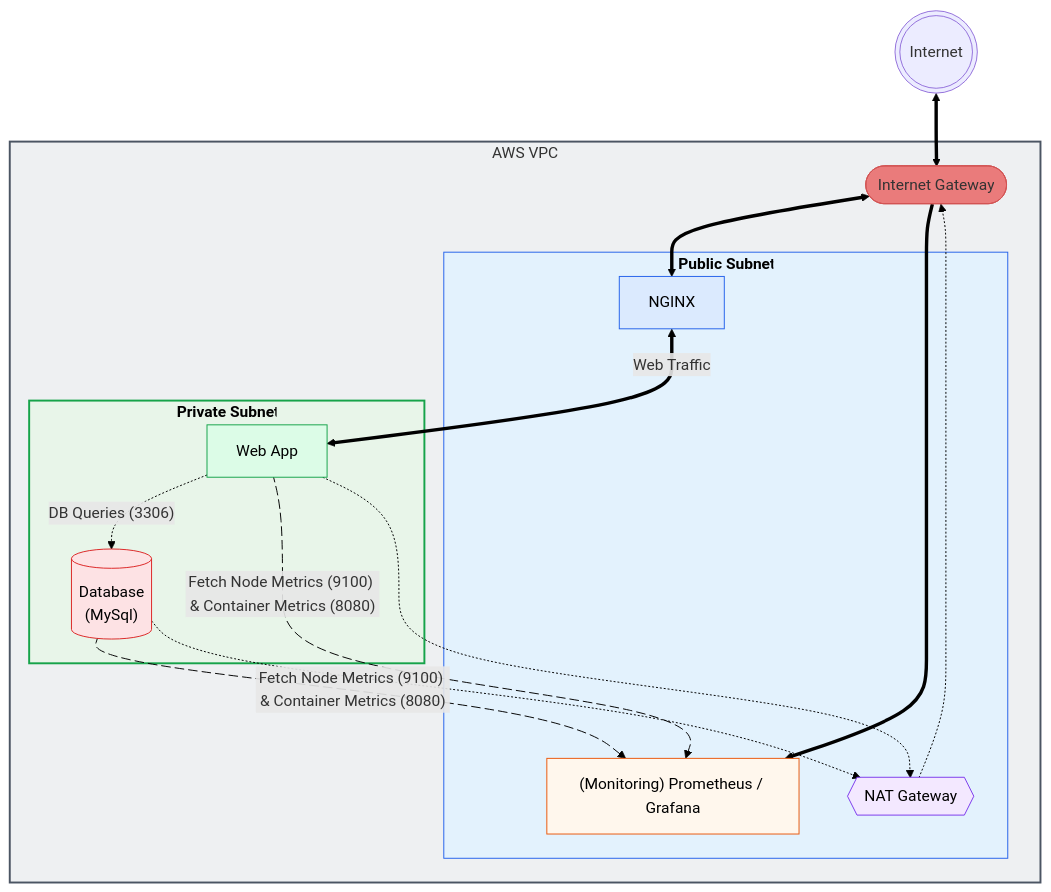
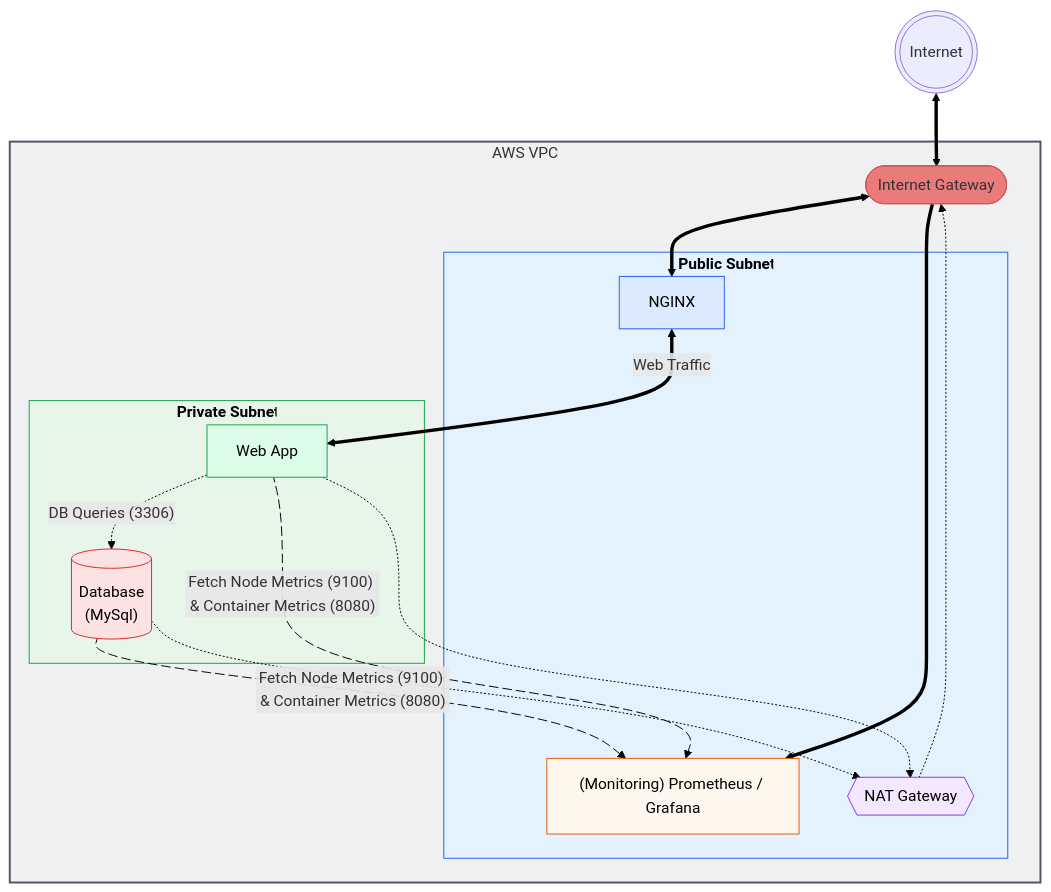
The diagram in README.md (Jazzar101/learning-terraform-3087701), drawn with Mermaid before and after one commit.

````diff
--- a/README.md
+++ b/README.md
@@ -6,56 +6,56 @@
 ```mermaid
 flowchart TB
     Internet(((Internet)))
     subgraph VPC[AWS VPC]
         IGW([Internet Gateway])
         subgraph PublicSubnet[Public Subnet]
             NAT{{NAT Gateway}}
             NGINX[NGINX]
             Monitoring["(Monitoring) Prometheus / Grafana"]
         end
 
         subgraph PrivateSubnet[Private Subnet]
             App[Web App]
             DB[("Database\n(MySql)")]
         end
     end
 
     Internet <==> IGW
     IGW <==> NGINX
     NGINX <==>|Web Traffic| App
     App -.->|"DB Queries (3306)"| DB
     IGW ==> Monitoring
 
     App metricsApp@-->|"Fetch Node Metrics (9100) & Container Metrics (8080)"| Monitoring
     DB metricsDB@-->|"Fetch Node Metrics (9100) & Container Metrics (8080)"| Monitoring
 
     App -.-> NAT
     DB -.-> NAT
     NAT -.-> IGW
     
     metricsApp@{ animation: slow }    
     metricsDB@{ animation: slow }
 
     %% Node-only styling (GitHub safe)
     classDef ingress fill:#dbeafe,stroke:#2563eb,color:#000000
     classDef monitoring fill:#fff7ed,stroke:#ea580c,color:#000000
     classDef nat fill:#f3e8ff,stroke:#7c3aed,color:#000000
     classDef app fill:#dcfce7,stroke:#16a34a,color:#000000
     classDef db fill:#fde2e4,stroke:#dc2626,color:#000000
     classDef igw fill:#EA7B7B,stroke:#D25353,color:#00000
     classDef PublicSubnet fill:#e3f2fd,stroke:#2563eb
     classDef PrivateSubnet fill:#e8f5e9,stroke:#16a34a
 
     style VPC fill:#eef0f2,stroke:#4b5563,stroke-width:2px
-    style PublicSubnet fill:#e3f2fd,stroke:#2563eb,stroke-widthL2px,color:#000000,font-weight:bold
-    style PrivateSubnet fill:#e8f5e9,stroke:#16a34a,stroke-width:2px,color:#000000,font-weight:bold
+    style PublicSubnet fill:#e3f2fd,stroke:#2563eb,stroke-width:1px,color:#000000,font-weight:bold
+    style PrivateSubnet fill:#e8f5e9,stroke:#16a34a,stroke-width:1px,color:#000000,font-weight:bold
  
     linkStyle default stroke:#000
 
     class NGINX ingress
     class Monitoring monitoring
     class NAT nat
     class App app
     class DB db
     class IGW igw
 ```
````
